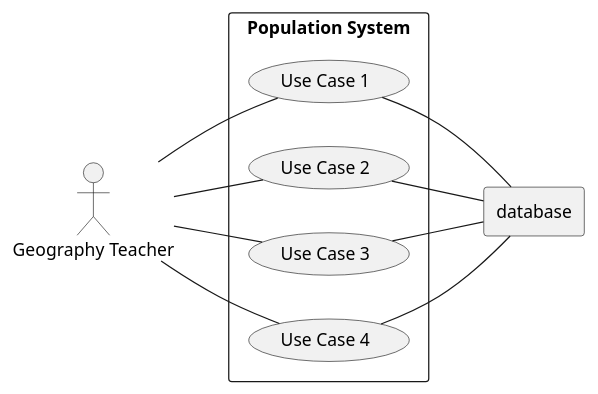
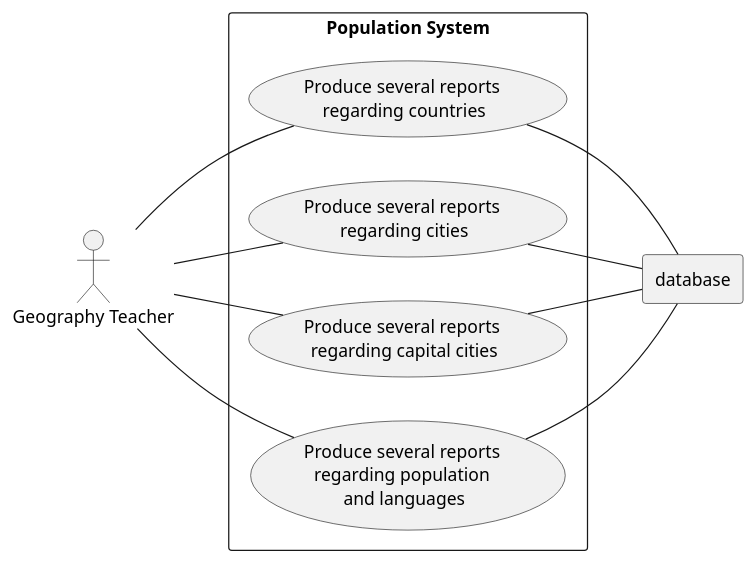
One commit to RSM2001/sem_coursework changed the diagram in use-cases/use-case-digram.puml. Above: the diagram before and after it, drawn with PlantUML.

Commit message:
use case diagram name updates

```diff
--- a/use-cases/use-case-digram.puml
+++ b/use-cases/use-case-digram.puml
@@ -1,28 +1,28 @@
 @startuml
 'https://plantuml.com/use-case-diagram
  
 
 left to right direction
 
 actor Teacher as "Geography Teacher"
 rectangle database
 
 rectangle "Population System" {
         
-        usecase UC1 as "Use Case 1"
-        usecase UC2 as "Use Case 2"
-        usecase UC3 as "Use Case 3"
-        usecase UC4 as "Use Case 4"
+        usecase UC1 as "Produce several reports \nregarding countries"
+        usecase UC2 as "Produce several reports \nregarding cities"
+        usecase UC3 as "Produce several reports \nregarding capital cities"
+        usecase UC4 as "Produce several reports \nregarding population \nand languages"
 
         Teacher -- UC1
         Teacher -- UC2
         Teacher -- UC3
         Teacher -- UC4
         
         UC1 -- database
         UC2 -- database
         UC3 -- database
         UC4 -- database
         
 }
 @enduml
```
